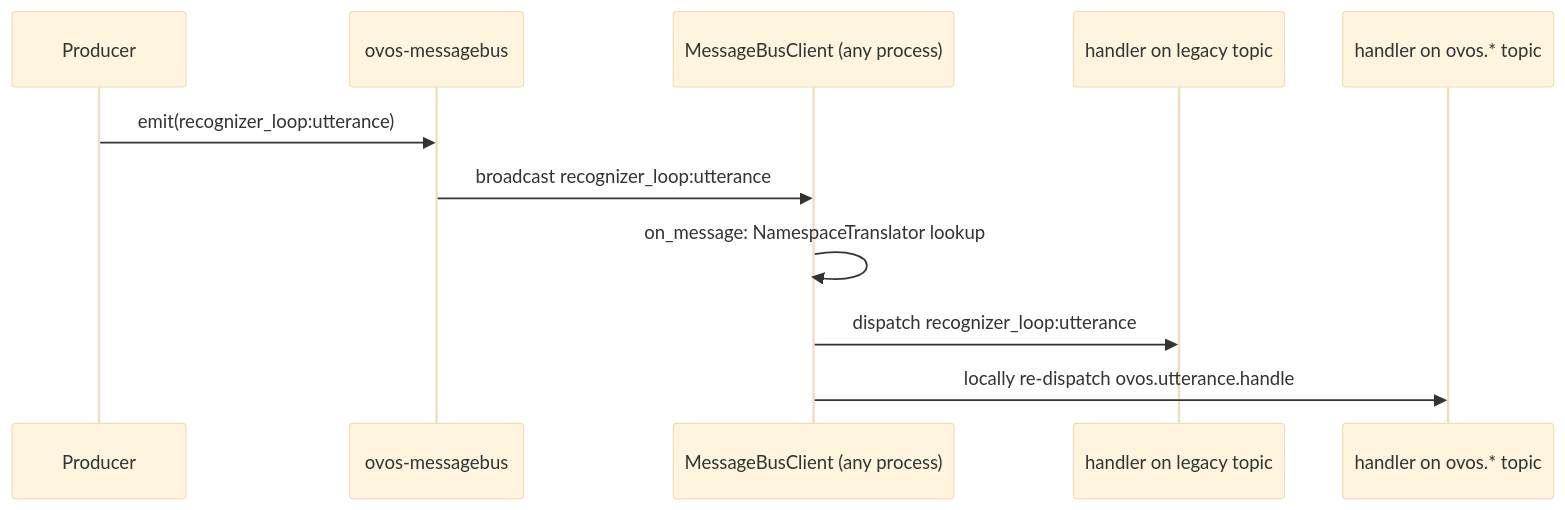
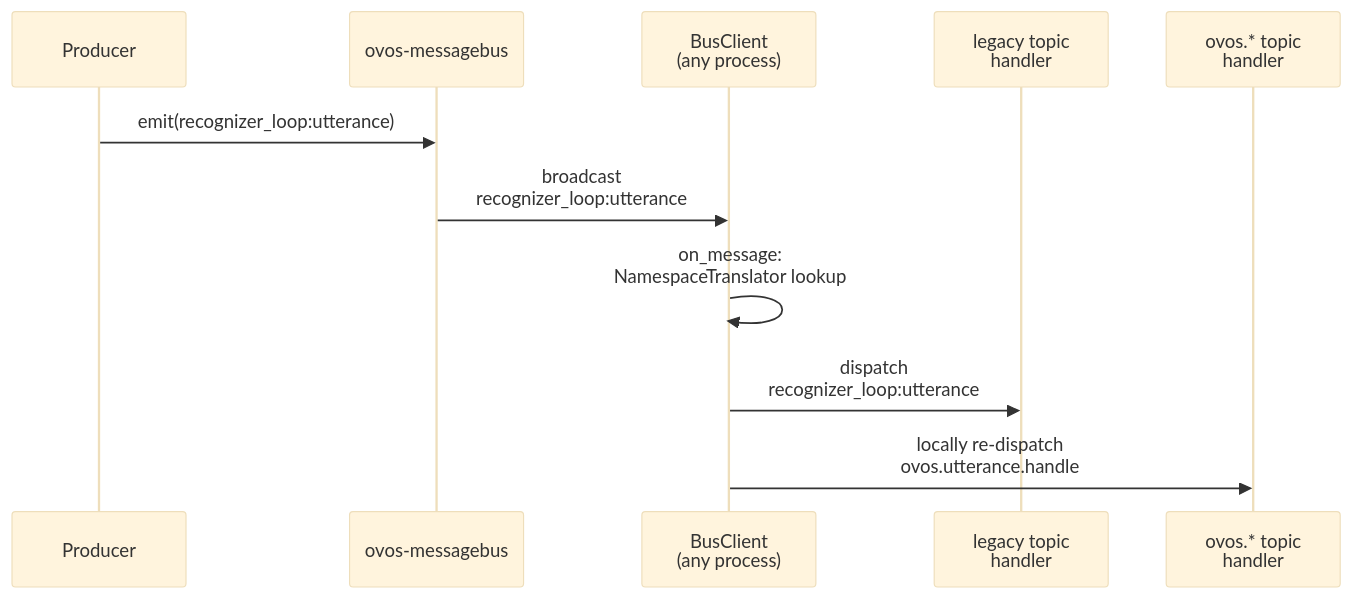
Before and after one commit to OpenVoiceOS/beta-technical-manual: the third of 3 diagrams in docs/bus-service.md, drawn with Mermaid (base theme). The commit also changed 19 other files, not shown here.

First line of the commit message:
docs: fit diagrams to the content column; arena live URL

````diff
--- a/docs/bus-service.md
+++ b/docs/bus-service.md
@@ -318,14 +318,14 @@
 ```mermaid
 sequenceDiagram
     participant Producer
     participant Bus as ovos-messagebus
-    participant Client as MessageBusClient (any process)
-    participant LegacyHandler as handler on legacy topic
-    participant SpecHandler as handler on ovos.* topic
+    participant Client as BusClient<br/>(any process)
+    participant LegacyHandler as legacy topic<br/>handler
+    participant SpecHandler as ovos.* topic<br/>handler
 
     Producer->>Bus: emit(recognizer_loop:utterance)
-    Bus->>Client: broadcast recognizer_loop:utterance
-    Client->>Client: on_message: NamespaceTranslator lookup
-    Client->>LegacyHandler: dispatch recognizer_loop:utterance
-    Client->>SpecHandler: locally re-dispatch ovos.utterance.handle
+    Bus->>Client: broadcast<br/>recognizer_loop:utterance
+    Client->>Client: on_message:<br/>NamespaceTranslator lookup
+    Client->>LegacyHandler: dispatch<br/>recognizer_loop:utterance
+    Client->>SpecHandler: locally re-dispatch<br/>ovos.utterance.handle
 ```
````
